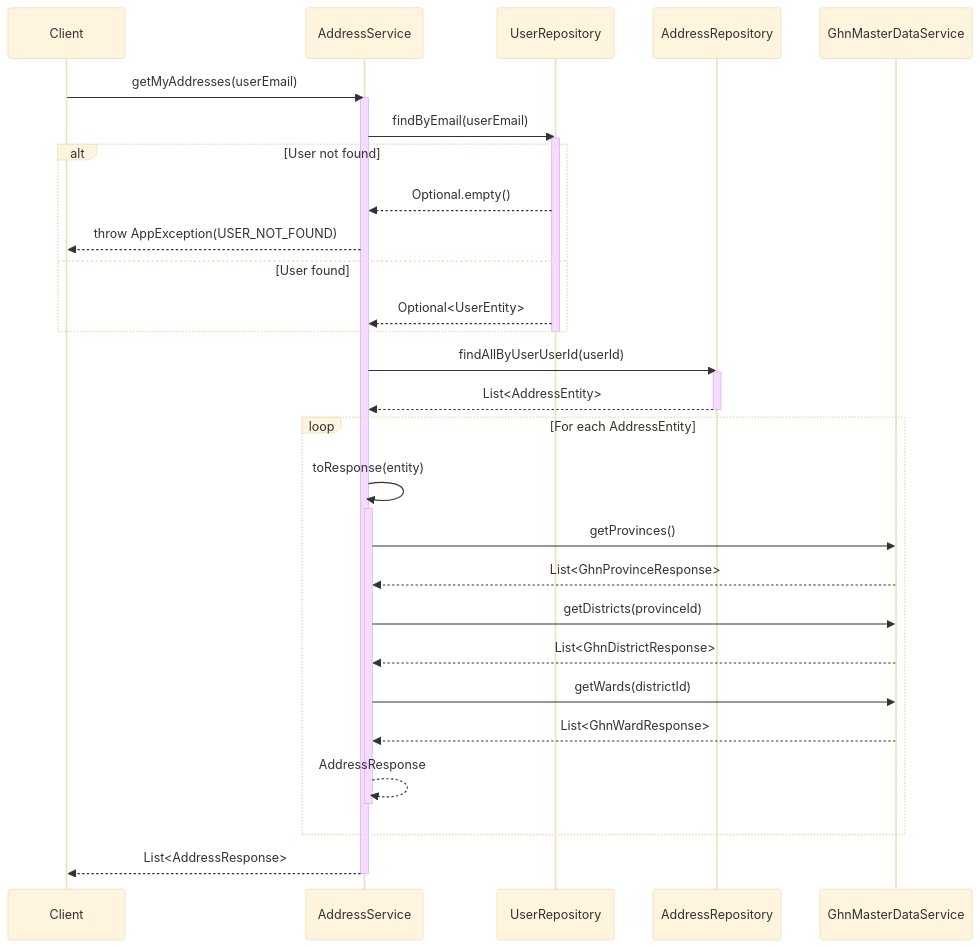
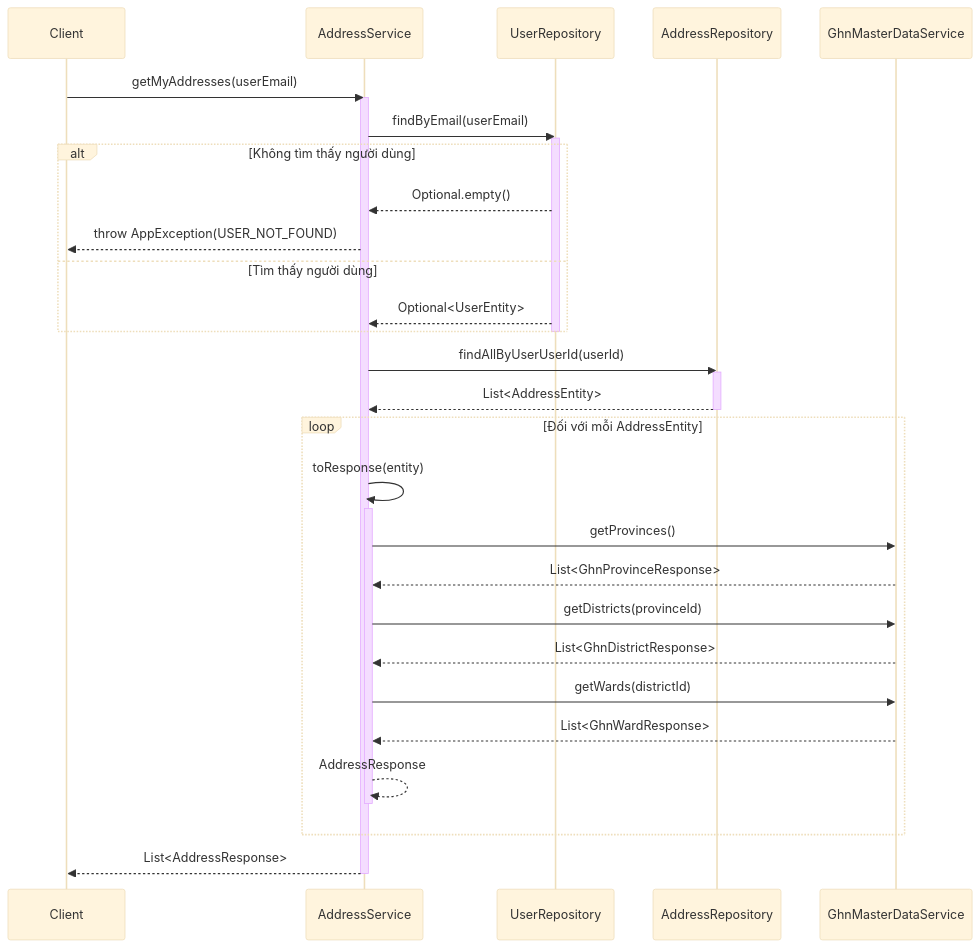
Before and after one commit to aquoc09/easymall: the first of 5 diagrams in .agent/sequence/address_service_sequence_diagrams.md, drawn with Mermaid (base theme). The commit also changed other lines of this file and 18 other files, not shown here.

Commit message:
UPDATE: Sequence diagram vietnamese

````diff
--- a/.agent/sequence/address_service_sequence_diagrams.md
+++ b/.agent/sequence/address_service_sequence_diagrams.md
@@ -7,42 +7,42 @@
 ```mermaid
 sequenceDiagram
     participant Client
     participant AddressService
     participant UserRepository
     participant AddressRepository
     participant GhnMasterDataService
 
     Client->>AddressService: getMyAddresses(userEmail)
     activate AddressService
     
     AddressService->>UserRepository: findByEmail(userEmail)
     activate UserRepository
-    alt User not found
+    alt Không tìm thấy người dùng
         UserRepository-->>AddressService: Optional.empty()
         AddressService-->>Client: throw AppException(USER_NOT_FOUND)
-    else User found
+    else Tìm thấy người dùng
         UserRepository-->>AddressService: Optional<UserEntity>
     end
     deactivate UserRepository
 
     AddressService->>AddressRepository: findAllByUserUserId(userId)
     activate AddressRepository
     AddressRepository-->>AddressService: List<AddressEntity>
     deactivate AddressRepository
 
-    loop For each AddressEntity
+    loop Đối với mỗi AddressEntity
         AddressService->>AddressService: toResponse(entity)
         activate AddressService
         AddressService->>GhnMasterDataService: getProvinces()
         GhnMasterDataService-->>AddressService: List<GhnProvinceResponse>
         AddressService->>GhnMasterDataService: getDistricts(provinceId)
         GhnMasterDataService-->>AddressService: List<GhnDistrictResponse>
         AddressService->>GhnMasterDataService: getWards(districtId)
         GhnMasterDataService-->>AddressService: List<GhnWardResponse>
         AddressService-->>AddressService: AddressResponse
         deactivate AddressService
     end
 
     AddressService-->>Client: List<AddressResponse>
     deactivate AddressService
 ```
````
